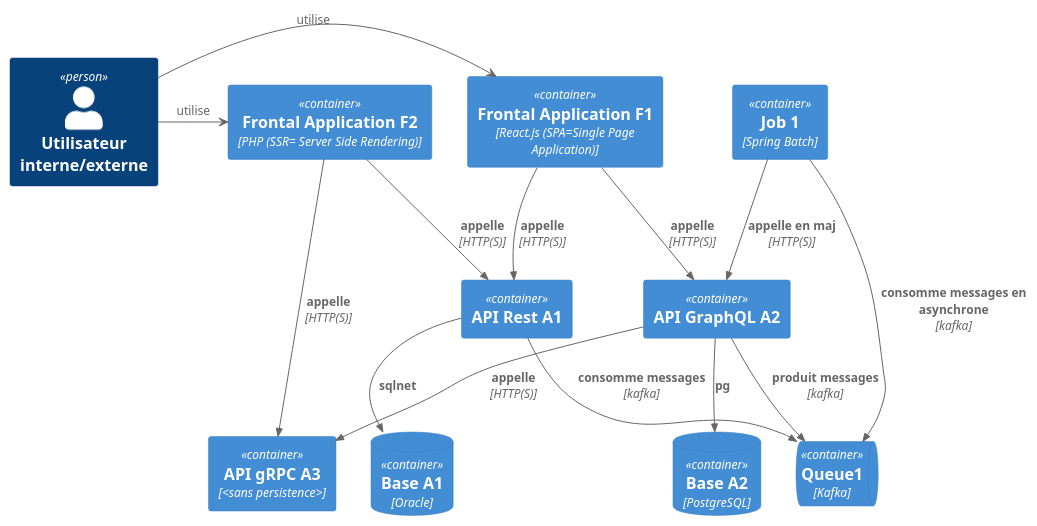
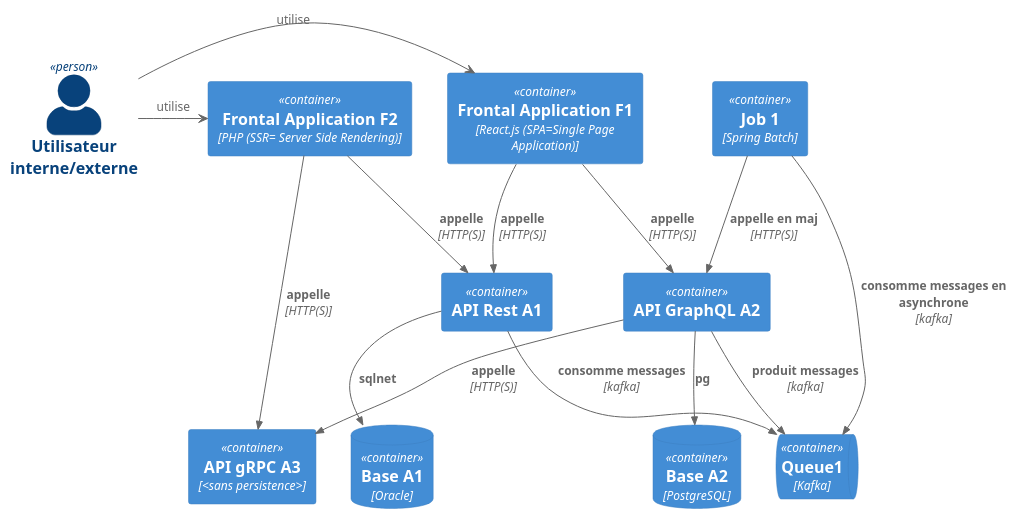
The diagram in diagrammes/typologie-05-microservice.puml (bflorat/cours-devsecops.github.io), drawn with PlantUML before and after one commit. The commit also changed 11 other files, not shown here.

Commit message:
refactor: meilleur look schemas C4

```diff
--- a/diagrammes/typologie-05-microservice.puml
+++ b/diagrammes/typologie-05-microservice.puml
@@ -1,34 +1,35 @@
 @startuml typologie-microservices-05
 !include <C4/C4_Deployment>
 LAYOUT_TOP_DOWN()
+SHOW_PERSON_PORTRAIT()
 
 Person(user, "Utilisateur interne/externe")
 
 Container(front1, "Frontal Application F1", "React.js (SPA=Single Page Application)")
 Container(front2, "Frontal Application F2", "PHP (SSR= Server Side Rendering)")
 
 Container(api1, "API Rest A1", "")
 Container(api2, "API GraphQL A2", "")
 Container(api3, "API gRPC A3", "<sans persistence>")
 ContainerDb(db_api1, "Base A1", "Oracle")
 ContainerDb(db_api2, "Base A2", "PostgreSQL")
 ContainerQueue(queue1, "Queue1", "Kafka")
 Container(job1, "Job 1", "Spring Batch")
 
 user -> front1 : utilise
 user -> front2 : utilise
 
 Rel(api1,db_api1,"sqlnet")
 Rel(api2,db_api2,"pg")
 
 Rel(front1,api1,"appelle", "HTTP(S)")
 Rel(front1,api2,"appelle", "HTTP(S)")
 Rel(front2,api3,"appelle", "HTTP(S)")
 Rel(front2,api1,"appelle", "HTTP(S)")
 Rel(api2,api3,"appelle", "HTTP(S)")
 Rel(api2,queue1,"produit messages", "kafka")
 Rel(api1,queue1,"consomme messages", "kafka")
 Rel(job1, queue1,"consomme messages en asynchrone", "kafka")
 Rel(job1, api2,"appelle en maj", "HTTP(S)")
 
 @enduml
```
